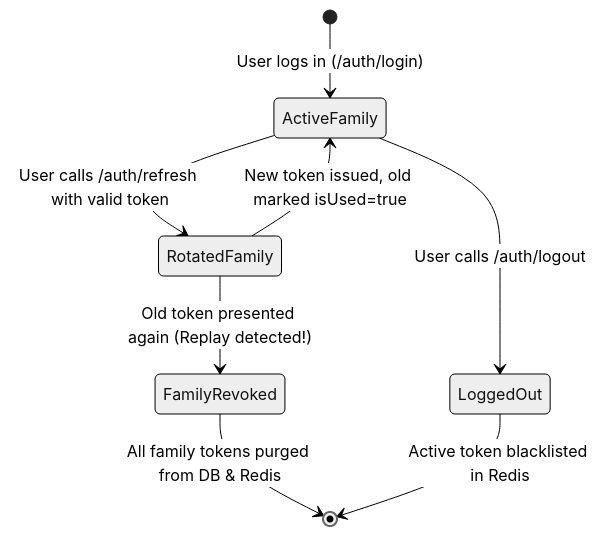
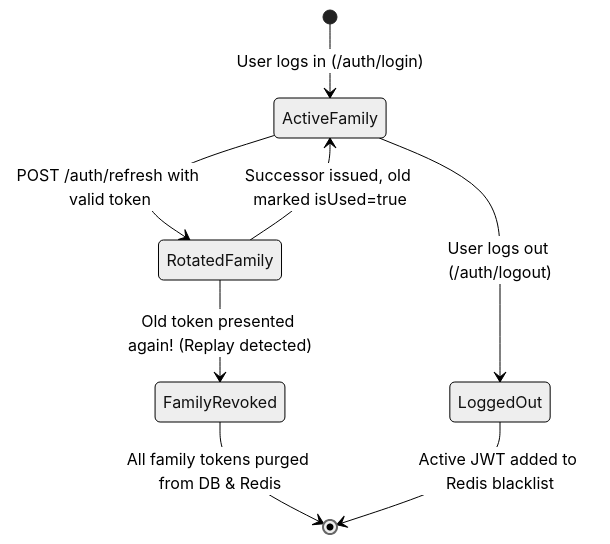
Before and after one commit to sanjeevirajanramajayam/campusHubAPI: the second of 5 diagrams in CampusHub_User_Stories_and_Business_Rules.md, drawn with Mermaid (neutral theme). The commit also changed other lines of this file, not shown here.

````diff
--- a/CampusHub_User_Stories_and_Business_Rules.md
+++ b/CampusHub_User_Stories_and_Business_Rules.md
@@ -499,10 +661,10 @@
 ```mermaid
 stateDiagram-v2
     [*] --> ActiveFamily : User logs in (/auth/login)
-    ActiveFamily --> RotatedFamily : User calls /auth/refresh with valid token
-    RotatedFamily --> ActiveFamily : New token issued, old marked isUsed=true
-    RotatedFamily --> FamilyRevoked : Old token presented again (Replay detected!)
-    ActiveFamily --> LoggedOut : User calls /auth/logout
+    ActiveFamily --> RotatedFamily : POST /auth/refresh with valid token
+    RotatedFamily --> ActiveFamily : Successor issued, old marked isUsed=true
+    RotatedFamily --> FamilyRevoked : Old token presented again! (Replay detected)
+    ActiveFamily --> LoggedOut : User logs out (/auth/logout)
     FamilyRevoked --> [*] : All family tokens purged from DB & Redis
-    LoggedOut --> [*] : Active token blacklisted in Redis
+    LoggedOut --> [*] : Active JWT added to Redis blacklist
 ```
````
